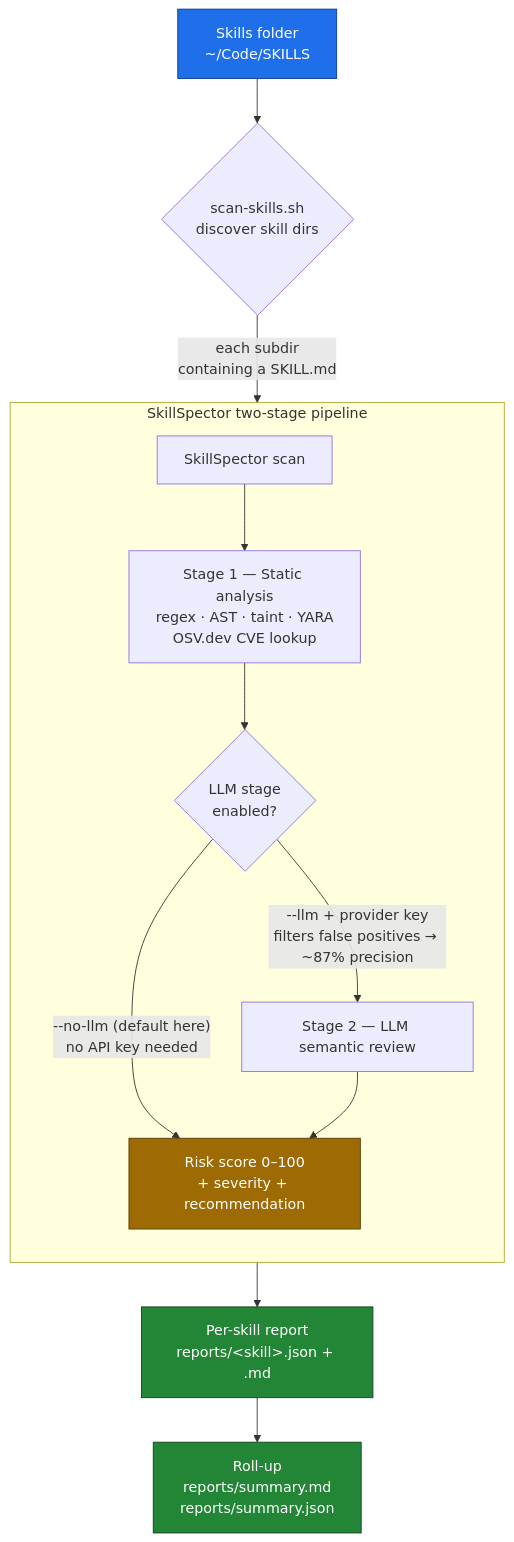
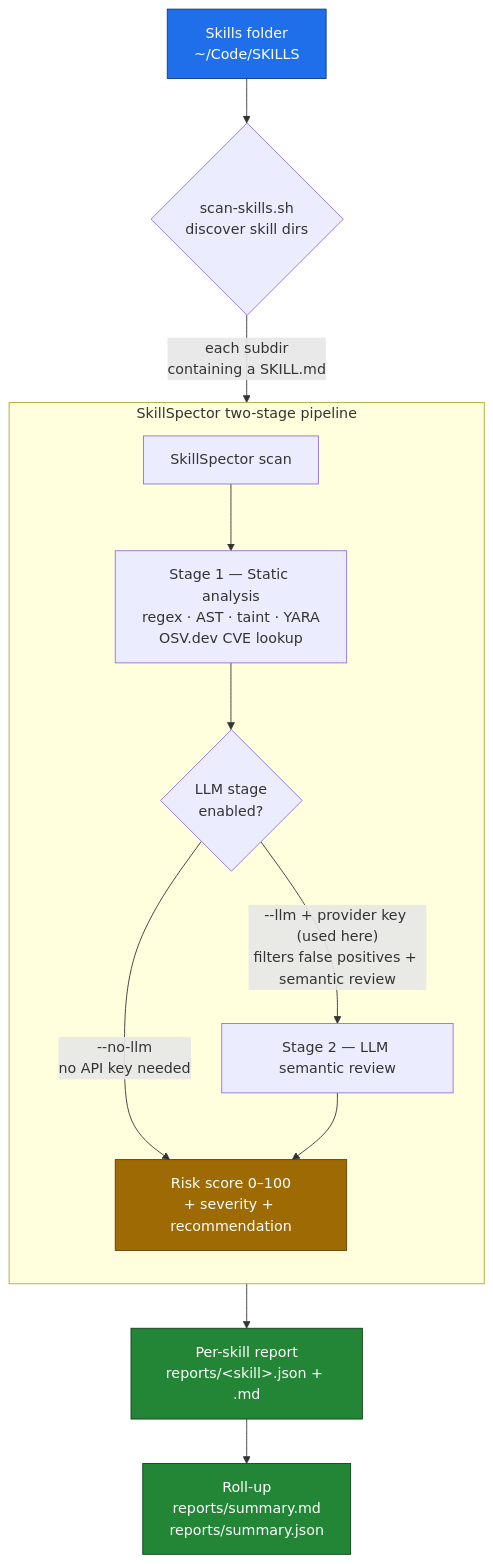
The diagram in README.md (sw30labs/skillspector-trial), drawn with Mermaid before and after one commit. The commit also changed other lines of this file and 16 other files, not shown here.

````diff
--- a/README.md
+++ b/README.md
@@ -34,24 +34,24 @@
 ```mermaid
 flowchart TD
     A["Skills folder<br/>~/Code/SKILLS"] --> B{"scan-skills.sh<br/>discover skill dirs"}
     B -->|"each subdir<br/>containing a SKILL.md"| C["SkillSpector scan"]
 
     subgraph SS ["SkillSpector two-stage pipeline"]
         direction TB
         C --> D["Stage 1 — Static analysis<br/>regex · AST · taint · YARA<br/>OSV.dev CVE lookup"]
         D --> E{"LLM stage<br/>enabled?"}
-        E -->|"--no-llm (default here)<br/>no API key needed"| G["Risk score 0–100<br/>+ severity + recommendation"]
-        E -->|"--llm + provider key<br/>filters false positives → ~87% precision"| F["Stage 2 — LLM semantic review"]
+        E -->|"--no-llm<br/>no API key needed"| G["Risk score 0–100<br/>+ severity + recommendation"]
+        E -->|"--llm + provider key (used here)<br/>filters false positives + semantic review"| F["Stage 2 — LLM semantic review"]
         F --> G
     end
 
     G --> H["Per-skill report<br/>reports/&lt;skill&gt;.json + .md"]
     H --> I["Roll-up<br/>reports/summary.md<br/>reports/summary.json"]
 
     classDef src fill:#1f6feb,stroke:#0b3a8c,color:#fff;
     classDef out fill:#238636,stroke:#10401d,color:#fff;
     classDef warn fill:#9e6a03,stroke:#5a3d02,color:#fff;
     class A src;
     class H,I out;
     class G warn;
 ```
````
